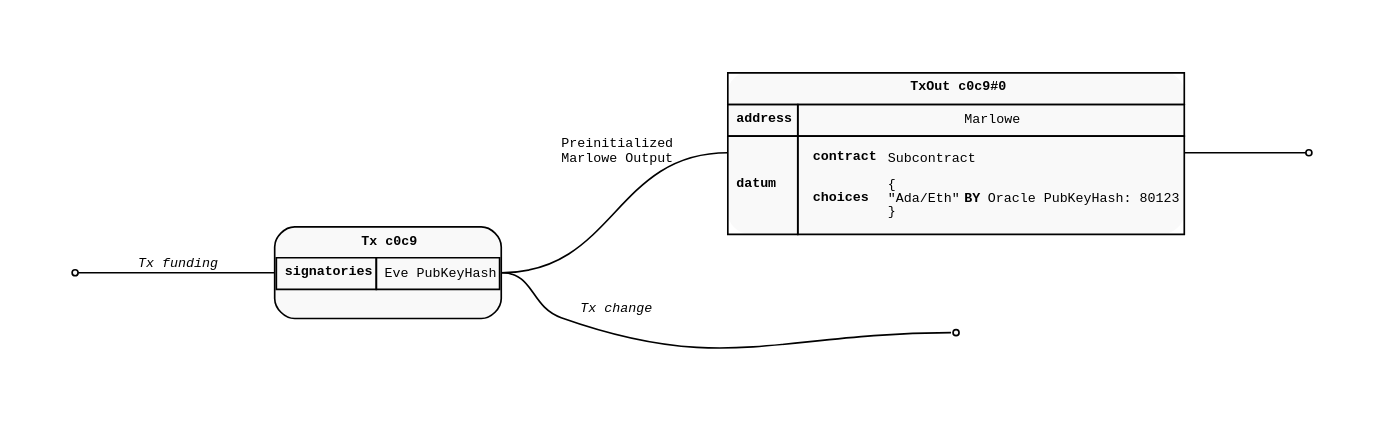
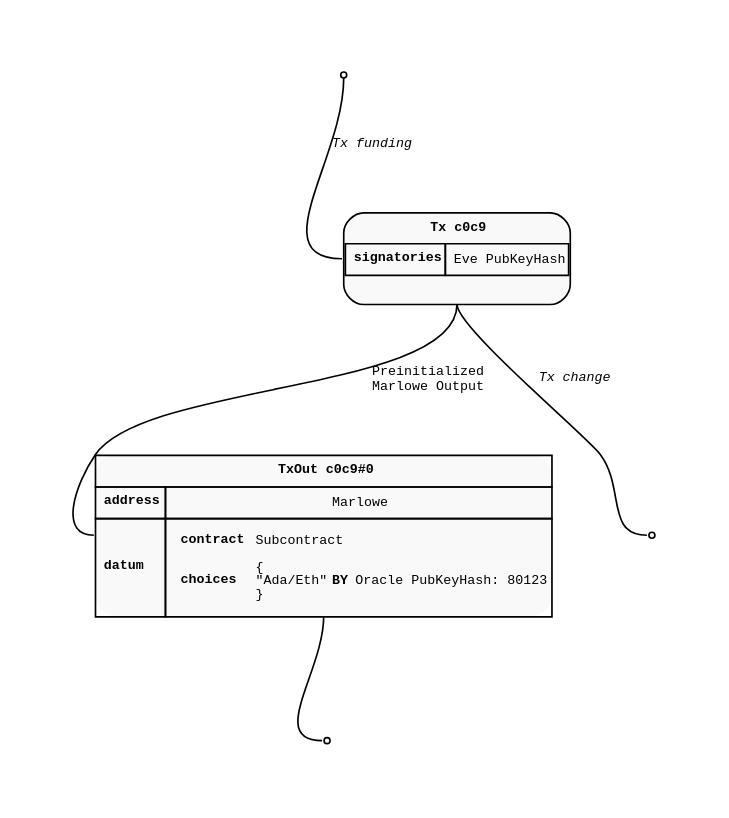
Before and after one commit to marlowe-lang/marlowe-oracle-protocol: the diagram in diagrams/utxo-marlowe-choice-fake.dot, drawn with Graphviz. The commit also changed 11 other files, not shown here.

Commit message:
Reorient the graphs

```diff
--- a/diagrams/utxo-marlowe-choice-fake.dot
+++ b/diagrams/utxo-marlowe-choice-fake.dot
@@ -1,140 +1,140 @@
 digraph Marlowe_Choice_Fake {
-  rankdir=LR;
+  rankdir=TD;
   graph [pad="0.5", nodesep="0.8", ranksep="1"];
   node [shape=rect, style="filled,rounded", fillcolor="#f9f9f9", fontname="Courier New", fontsize="8pt"];
-  edge [arrowhead=none, tailport="e", headport="w", color="#aaa", fontname="Courier New", fontsize="8pt"];
+  edge [arrowhead=none, tailport="s", headport="w", color="#aaa", fontname="Courier New", fontsize="8pt"];
 
   FundingOutput [shape=point];
 
   Tx [label=<
     <TABLE CELLSPACING="0" CELLPADDING="4" BORDER="1" CELLBORDER="0" style="rounded" color="#aaa">
       <TR>
         <TD colspan="2" align="center"><b>Tx c0c9</b></TD>
       </TR>
       <TR>
         <TD CELLPADDING="0">
           <TABLE CELLSPACING="0" CELLPADDING="4" BORDER="0" CELLBORDER="0">
             <TR>
               <TD border="1" align="center"><b>signatories</b></TD>
               <TD border="1" align="left">Eve PubKeyHash</TD>
             </TR>
             <TR>
               <TD collspan="2" align="center"> </TD>
             </TR>
           </TABLE>
         </TD>
       </TR>
     </TABLE>
   > color="#aaa" shape="plain"];
 
   FundingOutput -> Tx [label=<<i>Tx funding</i>>];
 
   MarloweOutput [label=<
     <TABLE CELLSPACING="0" CELLPADDING="4" BORDER="0" CELLBORDER="1" style="rounded" color="#aaa">
       <TR>
         <TD colspan="2" align="center"><b>TxOut c0c9#0</b></TD>
       </TR>
       <TR>
         <TD align="left"><b>address</b></TD>
         <TD>Marlowe</TD>
       </TR>
       <TR>
         <TD align="left"><b>datum</b></TD>
         <TD align="left" balign="left">
           <TABLE CELLSPACING="0" CELLPADDING="4" BORDER="0" CELLBORDER="0" style="rounded" color="#aaa">
             <TR>
               <TD align="left"><b>contract</b></TD>
               <TD align="left" balign="left">Subcontract</TD>
             </TR>
             <TR>
               <TD align="left"><b>choices</b></TD>
               <TD align="left" balign="left">{<br />"Ada/Eth" <b> BY</b>Oracle PubKeyHash: 80123<br/>}</TD>
             </TR>
           </TABLE>
         </TD>
       </TR>
       </TABLE>
   > shape="plain" border="1" color="#000"]
 
   Tx -> MarloweOutput [label=<Preinitialized<br/>Marlowe Output>];
 
   MarloweResultingThreadPoint [shape=point];
   MarloweOutput -> MarloweResultingThreadPoint;
 
   change [shape=point];
   Tx -> change [label=<<i>Tx change</i>>];
 }
 
 
 // digraph Marlowe_Choice_Fake {
-//   rankdir=LR;
+//   rankdir=TD;
 //   graph [pad="0.5", nodesep="0.8", ranksep="1"];
 //   node [shape="plain", style="filled", fillcolor="#e8e8e8", fontname="Courier New", fontsize="10pt"];
-//   edge [arrowhead=none, tailport="e", headport="w", color="#e8e8e8", penwidth="2", fontname="Courier New", fontsize="10pt"];
+//   edge [arrowhead=none, tailport="s", headport="w", color="#e8e8e8", penwidth="2", fontname="Courier New", fontsize="10pt"];
 // 
 //   Tx [label=<
 //     <TABLE CELLSPACING="0" CELLPADDING="4" BORDER="0" CELLBORDER="0" style="rounded" color="#fff">
 //       <TR>
 //         <TD colspan="2" align="center"><b>Tx 0302</b></TD>
 //       </TR>
 //       <TR>
 //         <TD CELLPADDING="0">
 //           <TABLE CELLSPACING="0" CELLPADDING="4" BORDER="0" CELLBORDER="0">
 //             <TR>
 //               <TD border="1" align="center"><b>signatories</b></TD>
 //               <TD border="1" align="left">Eve PubKeyHash</TD>
 //             </TR>
 //             <TR>
 //               <TD collspan="2" align="center"> </TD>
 //             </TR>
 //           </TABLE>
 //         </TD>
 //       </TR>
 //     </TABLE>
 //   >];
 // 
 //   funding [shape=point];
 // 
 //   funding -> Tx [label=<Eve 5 ADA <br/><i>Tx funding</i>>];
 // 
 // 
 //   info_out2 [label=<
 //     <TABLE CELLSPACING="0" CELLPADDING="4" BORDER="0" CELLBORDER="1" style="rounded" color="#fff">
 //       <TR>
 //         <TD colspan="2" align="center"><b>TxOut 119a#0</b></TD>
 //       </TR>
 //       <TR>
 //         <TD align="left"><b>address</b></TD>
 //         <TD>Marlowe Validator</TD>
 //       </TR>
 //       <TR>
 //         <TD align="left"><b>datum</b></TD>
 //         <TD align="left" balign="left" fontsize="10pt">
 //           <TABLE CELLSPACING="0" CELLPADDING="4" BORDER="0" CELLBORDER="0" style="rounded" color="#fff">
 //             <TR>
 //               <TD align="left"><b>contract</b></TD>
 //               <TD align="left" balign="left">Subcontract</TD>
 //             </TR>
 //             <TR>
 //               <TD align="left"><b>choices</b></TD>
 //               <TD>"Ada/Eth" <b> BY</b>Oracle PubKeyHash = 1</TD>
 //             </TR>
 //           </TABLE>
 //         </TD>
 //       </TR>
 //       </TABLE>
 //   > style="rounded, filled" fillcolor="#e8e8e8"];
 // 
 //   out2 [shape=point];
 // 
 //   Tx -> info_out2 [label=<
 //     Marlowe Output
 //   >];
 // 
 //   info_out2 -> out2;
 // 
 //   change [shape=point];
 //   Tx -> change [label=<Eve 4 ADA<br/><i>Tx change</i>>];
 // 
 // }
 // 
```
